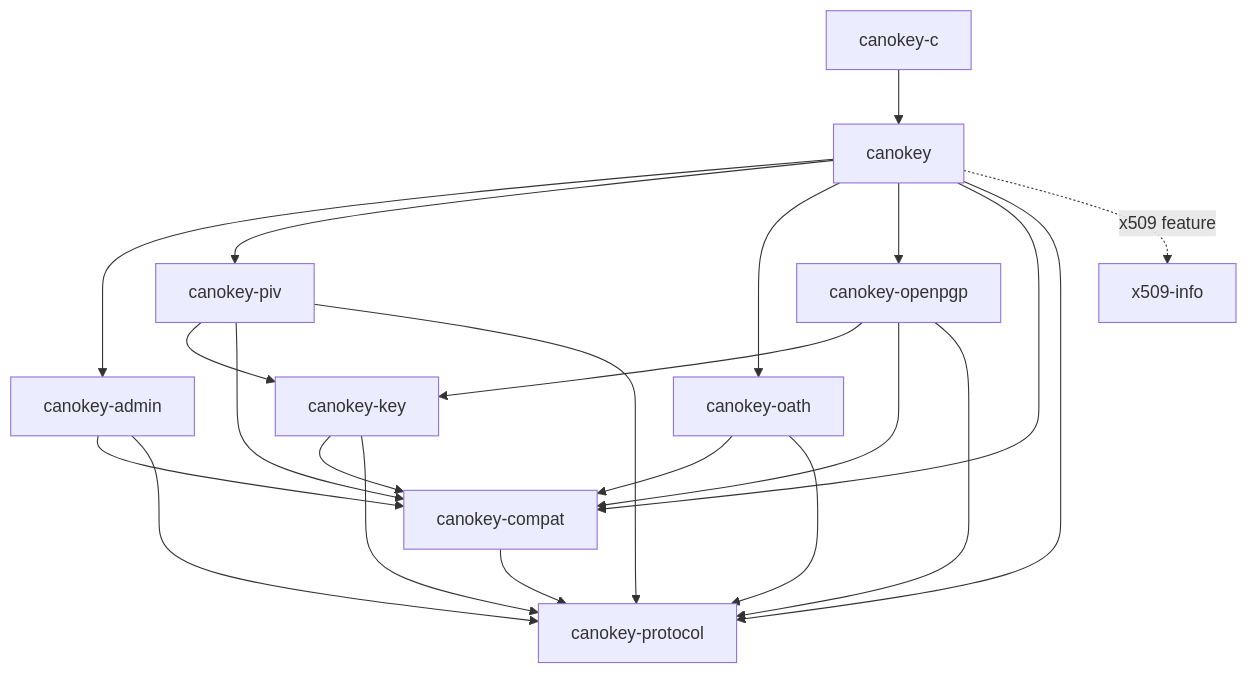
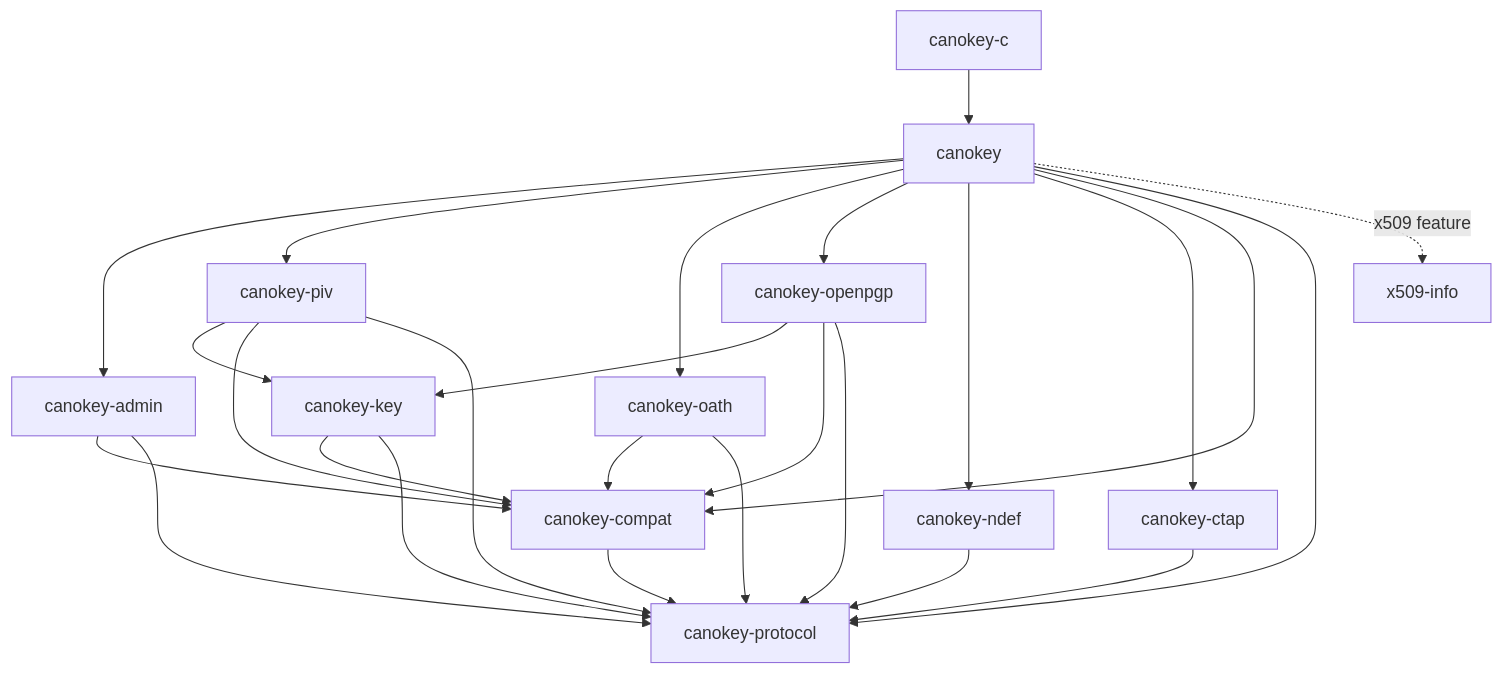
The diagram in README.md (canokeys/libcanokey), drawn with Mermaid before and after one commit. The commit also changed other lines of this file and 3 other files, not shown here.

First line of the commit message:
docs: cover NDEF, CTAP, PASS slots, OATH set-default, admin access

````diff
--- a/README.md
+++ b/README.md
@@ -28,24 +30,28 @@
 ```mermaid
 flowchart TD
     C[canokey-c] --> F[canokey]
     F --> A[canokey-admin]
     F --> P[canokey-piv]
     F --> O[canokey-oath]
     F --> G[canokey-openpgp]
+    F --> N[canokey-ndef]
+    F --> T[canokey-ctap]
     F --> K[canokey-compat]
     F --> R[canokey-protocol]
     F -. x509 feature .-> X[x509-info]
     P --> Q[canokey-key]
     G --> Q
     A --> K
     P --> K
     O --> K
     G --> K
     Q --> K
     A --> R
     P --> R
     O --> R
     G --> R
+    N --> R
+    T --> R
     Q --> R
     K --> R
 ```
````
